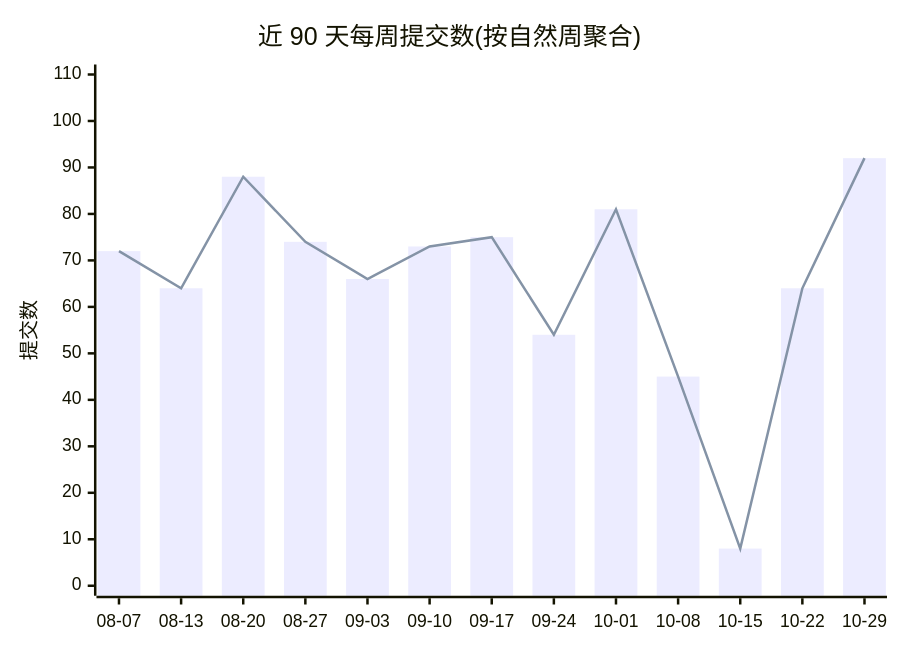
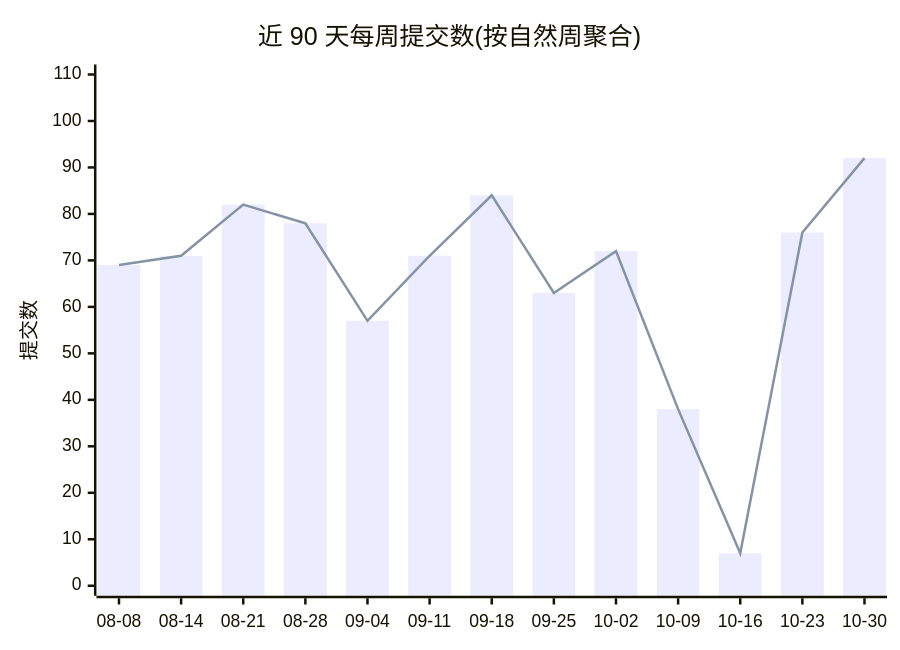
One commit to Conflux-Union/.github changed the first of 2 diagrams in profile/README.md. Above: the diagram before and after it, drawn with Mermaid. The commit also changed other lines of this file and 1 other file, not shown here.

````diff
--- a/profile/README.md
+++ b/profile/README.md
@@ -47,8 +47,8 @@
 ```mermaid
 xychart-beta
     title "近 90 天每周提交数(按自然周聚合)"
-    x-axis ["08-07", "08-13", "08-20", "08-27", "09-03", "09-10", "09-17", "09-24", "10-01", "10-08", "10-15", "10-22", "10-29"]
+    x-axis ["08-08", "08-14", "08-21", "08-28", "09-04", "09-11", "09-18", "09-25", "10-02", "10-09", "10-16", "10-23", "10-30"]
     y-axis "提交数" 0 --> 110
-    bar [72, 64, 88, 74, 66, 73, 75, 54, 81, 45, 8, 64, 92]
-    line [72, 64, 88, 74, 66, 73, 75, 54, 81, 45, 8, 64, 92]
+    bar [69, 71, 82, 78, 57, 71, 84, 63, 72, 38, 7, 76, 92]
+    line [69, 71, 82, 78, 57, 71, 84, 63, 72, 38, 7, 76, 92]
 ```
````
